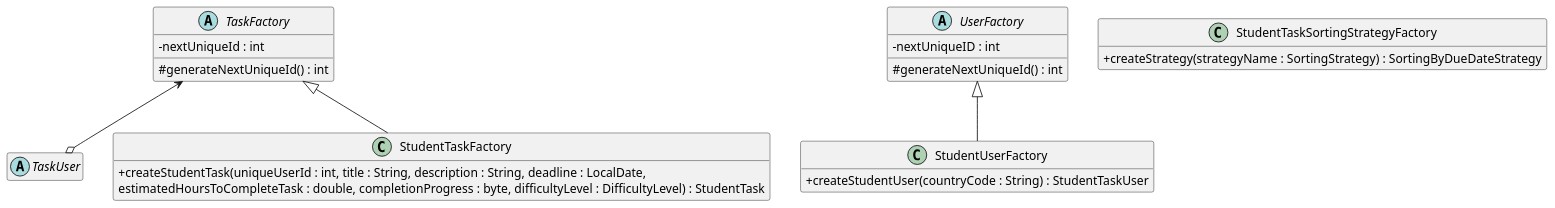
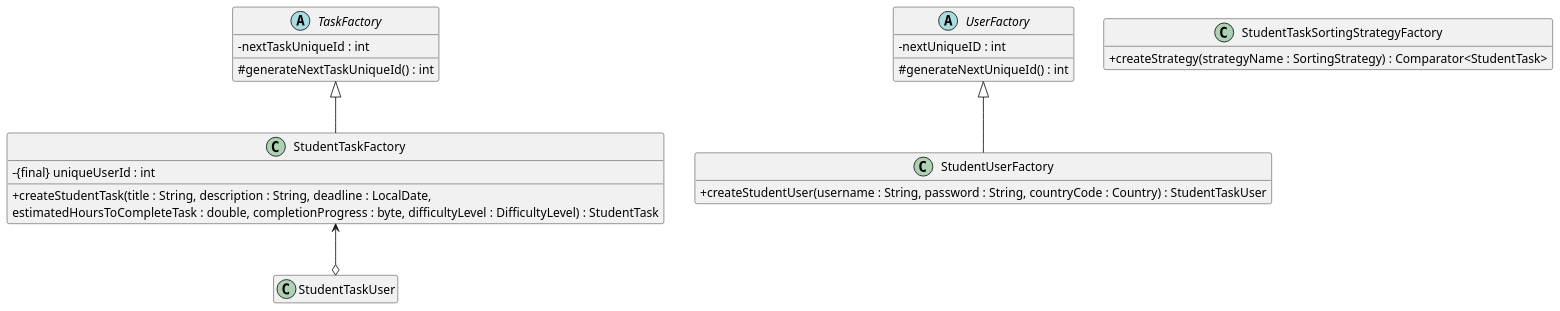
One commit to CSC207-2025F-UofT/team-project changed the second of 2 diagrams in Entities.puml. Above: the diagram before and after it, drawn with PlantUML. The commit also changed other lines of this file and 3 other files, not shown here.

```diff
--- a/Entities.puml
+++ b/Entities.puml
@@ -135,47 +138,53 @@
 @startuml
 'https://plantuml.com/class-diagram
 ' `..|>` represents Interface Realization/Implementation (dashed line with an open arrow).
 ' `--|>` represents Inheritance/Generalization (solid line with an open arrow).
 ' `o-->` represents Aggregation (a hollow diamond pointing to the owner/container).
 '     The "\*" indicates multiplicity (e.g., Drawing holds multiple Shape objects).
 skinparam dpi 120
 skinparam classAttributeIconSize 0
 hide empty members
 
 ' ========
 ' Factories
 ' ========
 
-abstract class TaskUser
+class StudentTaskUser
 
 abstract class UserFactory {
   - nextUniqueID : int
   # generateNextUniqueId() : int
 }
 
 class StudentUserFactory {
-  + createStudentUser(countryCode : String) : StudentTaskUser
+  + createStudentUser(username : String, password : String, countryCode : Country) : StudentTaskUser
 }
 
 UserFactory <|-- StudentUserFactory
 
+' `nextUniqueId` would be stored in persistent storage and loaded every time a user logs in.
+' The persistent storage should be updated whenever a new task is added.
+' The implementation of the persistent storage is not within the scope of the entities layer
 abstract class TaskFactory {
-  - nextUniqueId : int
-  # generateNextUniqueId() : int
+  - nextTaskUniqueId : int
+  # generateNextTaskUniqueId() : int
 }
 
+' The `uniqueUserId` here is an immutable copy of the `uniqueUserId` for the `StudentUser` that owns this factory
+' The `uniqueUserId` would be passed to the `StudentTaskFactory` in the constructor of `StudentUser`.
 class StudentTaskFactory {
-  + createStudentTask(uniqueUserId : int, title : String, description : String, deadline : LocalDate,
+  - {final} uniqueUserId : int
+  + createStudentTask(title : String, description : String, deadline : LocalDate,
   estimatedHoursToCompleteTask : double, completionProgress : byte, difficultyLevel : DifficultyLevel) : StudentTask
 }
 
 TaskFactory <|-- StudentTaskFactory
 
-' The following TaskUser is a continuation of the PlantUML diagram described above.
-TaskFactory <--o TaskUser
+' The following StudentTaskUser is a continuation of the PlantUML diagram described above.
+StudentTaskFactory <--o StudentTaskUser
 
 class StudentTaskSortingStrategyFactory {
-  + createStrategy(strategyName : SortingStrategy) : SortingByDueDateStrategy
+  + createStrategy(strategyName : SortingStrategy) : Comparator<StudentTask>
 }
 
 @enduml
```
